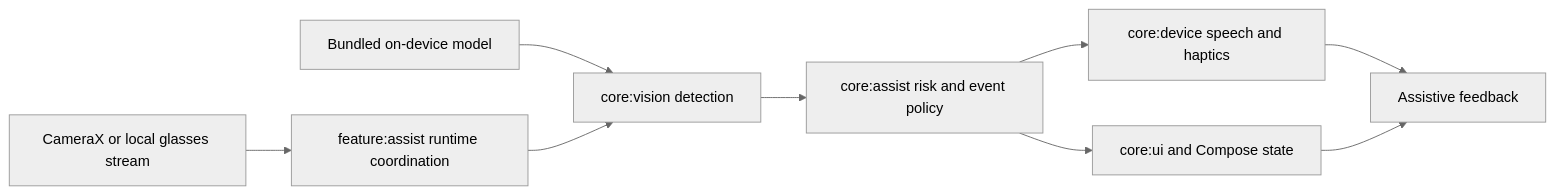
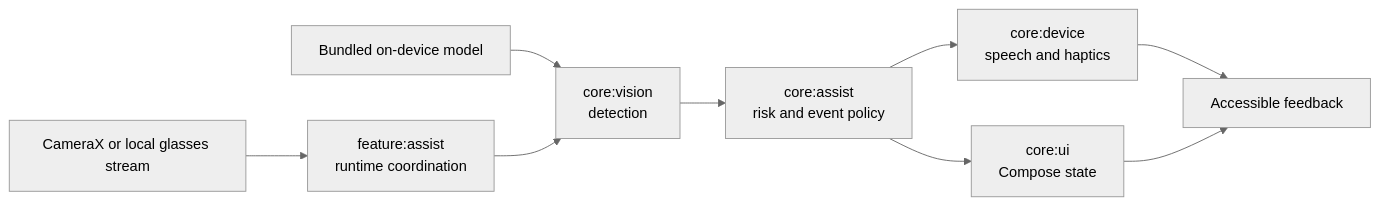
One commit to violetljj/blind-assist changed the diagram in README.md. Above: the diagram before and after it, drawn with Mermaid (neutral theme). The commit also changed other lines of this file and 1 other file, not shown here.

````diff
--- a/README.md
+++ b/README.md
@@ -41,11 +77,11 @@
 ```mermaid
 flowchart LR
-    A["CameraX or local glasses stream"] --> B["feature:assist runtime coordination"]
-    M["Bundled on-device model"] --> C["core:vision detection"]
+    A["CameraX or local glasses stream"] --> B["feature:assist<br/>runtime coordination"]
+    M["Bundled on-device model"] --> C["core:vision<br/>detection"]
     B --> C
-    C --> D["core:assist risk and event policy"]
-    D --> E["core:device speech and haptics"]
-    D --> F["core:ui and Compose state"]
-    E --> G["Assistive feedback"]
+    C --> D["core:assist<br/>risk and event policy"]
+    D --> E["core:device<br/>speech and haptics"]
+    D --> F["core:ui<br/>Compose state"]
+    E --> G["Accessible feedback"]
     F --> G
 ```
````
